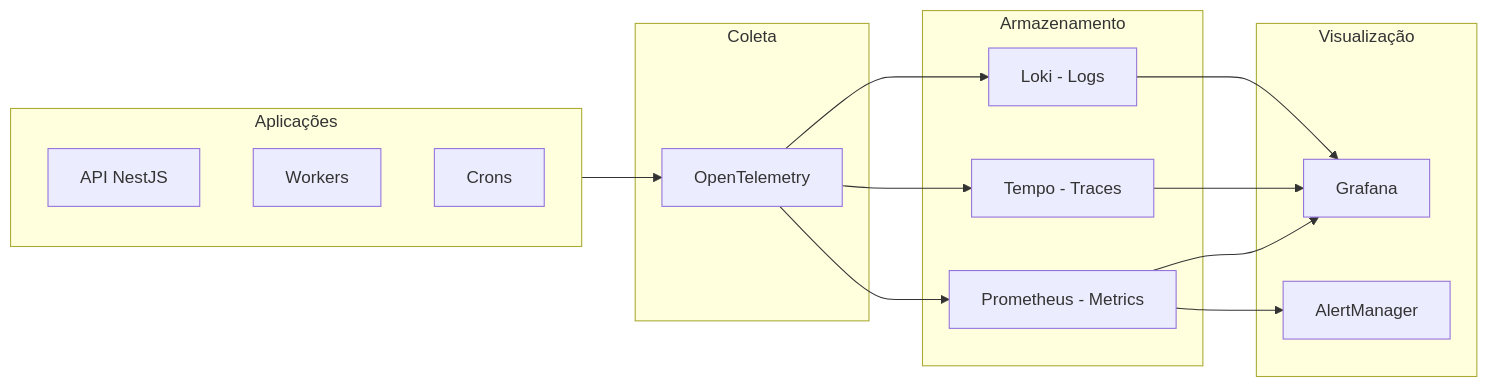
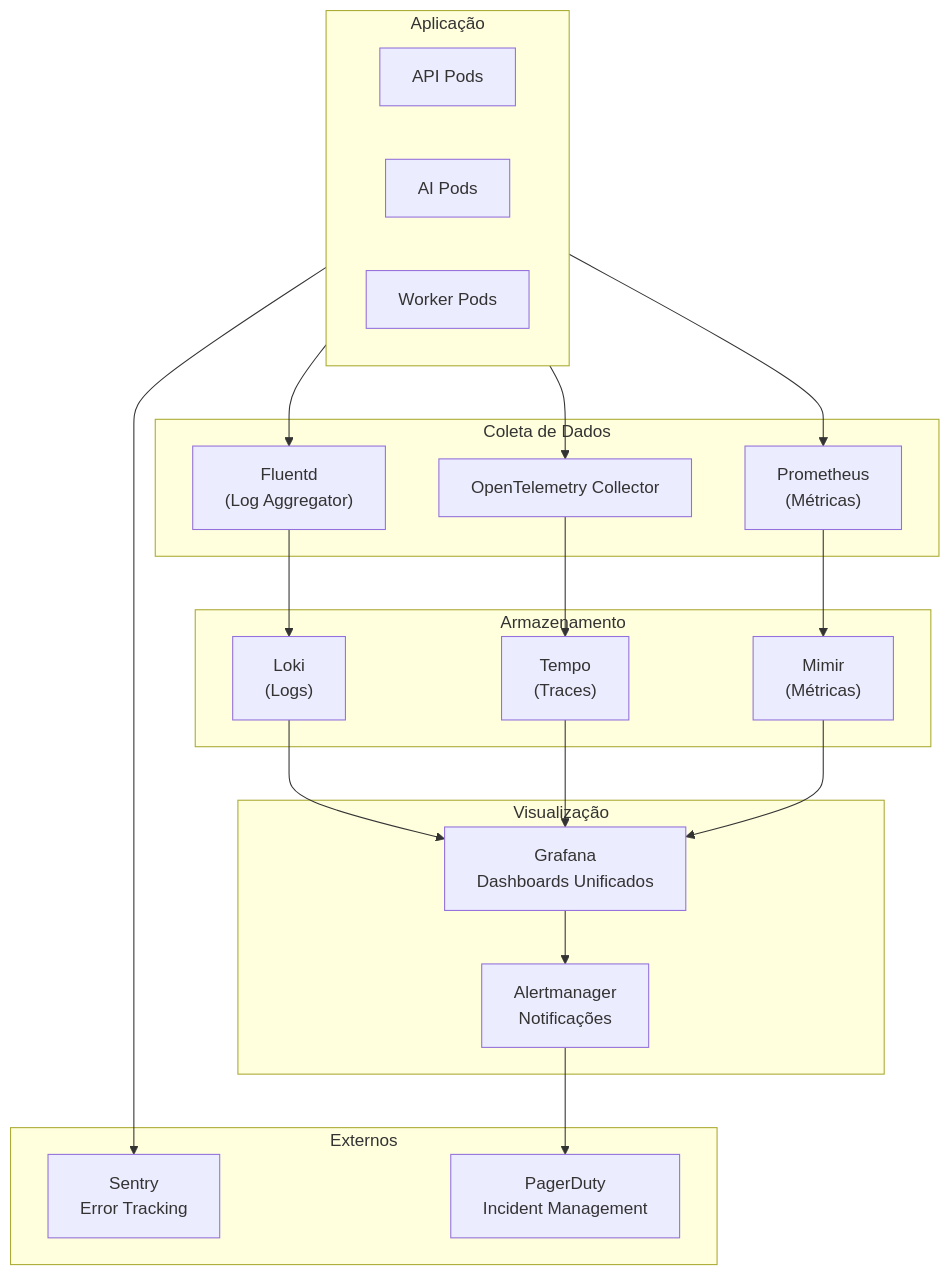
One commit to MTechnologia/camana-na-mao changed the eighth of 33 diagrams in docs/ESCOPO_E_ARQUITETURA_CAMARA_NA_MAO.md. Above: the diagram before and after it, drawn with Mermaid. The commit also changed other lines of this file, not shown here.

````diff
--- a/docs/ESCOPO_E_ARQUITETURA_CAMARA_NA_MAO.md
+++ b/docs/ESCOPO_E_ARQUITETURA_CAMARA_NA_MAO.md
@@ -344,32 +533,47 @@
 ```mermaid
-flowchart LR
-    subgraph Apps["Aplicações"]
-        API["API NestJS"]
-        Worker["Workers"]
-        Cron["Crons"]
+flowchart TB
+    subgraph Aplicacao["Aplicação"]
+        API["API Pods"]
+        AI["AI Pods"]
+        Workers["Worker Pods"]
     end
-
-    subgraph Collect["Coleta"]
-        OTel["OpenTelemetry"]
+    
+    subgraph Coleta["Coleta de Dados"]
+        OTel["OpenTelemetry Collector"]
+        Fluentd["Fluentd<br/>(Log Aggregator)"]
+        Prometheus["Prometheus<br/>(Métricas)"]
     end
-
-    subgraph Store["Armazenamento"]
-        Loki["Loki - Logs"]
-        Tempo["Tempo - Traces"]
-        Prom["Prometheus - Metrics"]
+    
+    subgraph Storage["Armazenamento"]
+        Loki["Loki<br/>(Logs)"]
+        Tempo["Tempo<br/>(Traces)"]
+        Mimir["Mimir<br/>(Métricas)"]
     end
-
-    subgraph Viz["Visualização"]
-        Graf["Grafana"]
-        Alert["AlertManager"]
+    
+    subgraph Visualizacao["Visualização"]
+        Grafana["Grafana<br/>Dashboards Unificados"]
+        Alertmanager["Alertmanager<br/>Notificações"]
     end
-
-    Apps --> OTel
-    OTel --> Loki
+    
+    subgraph Externos["Externos"]
+        Sentry["Sentry<br/>Error Tracking"]
+        PagerDuty["PagerDuty<br/>Incident Management"]
+    end
+    
+    Aplicacao --> OTel
+    Aplicacao --> Fluentd
+    Aplicacao --> Prometheus
+    
     OTel --> Tempo
-    OTel --> Prom
-    Loki --> Graf
-    Tempo --> Graf
-    Prom --> Graf
-    Prom --> Alert
+    Fluentd --> Loki
+    Prometheus --> Mimir
+    
+    Loki --> Grafana
+    Tempo --> Grafana
+    Mimir --> Grafana
+    
+    Grafana --> Alertmanager
+    Alertmanager --> PagerDuty
+    
+    Aplicacao --> Sentry
 ```
````
